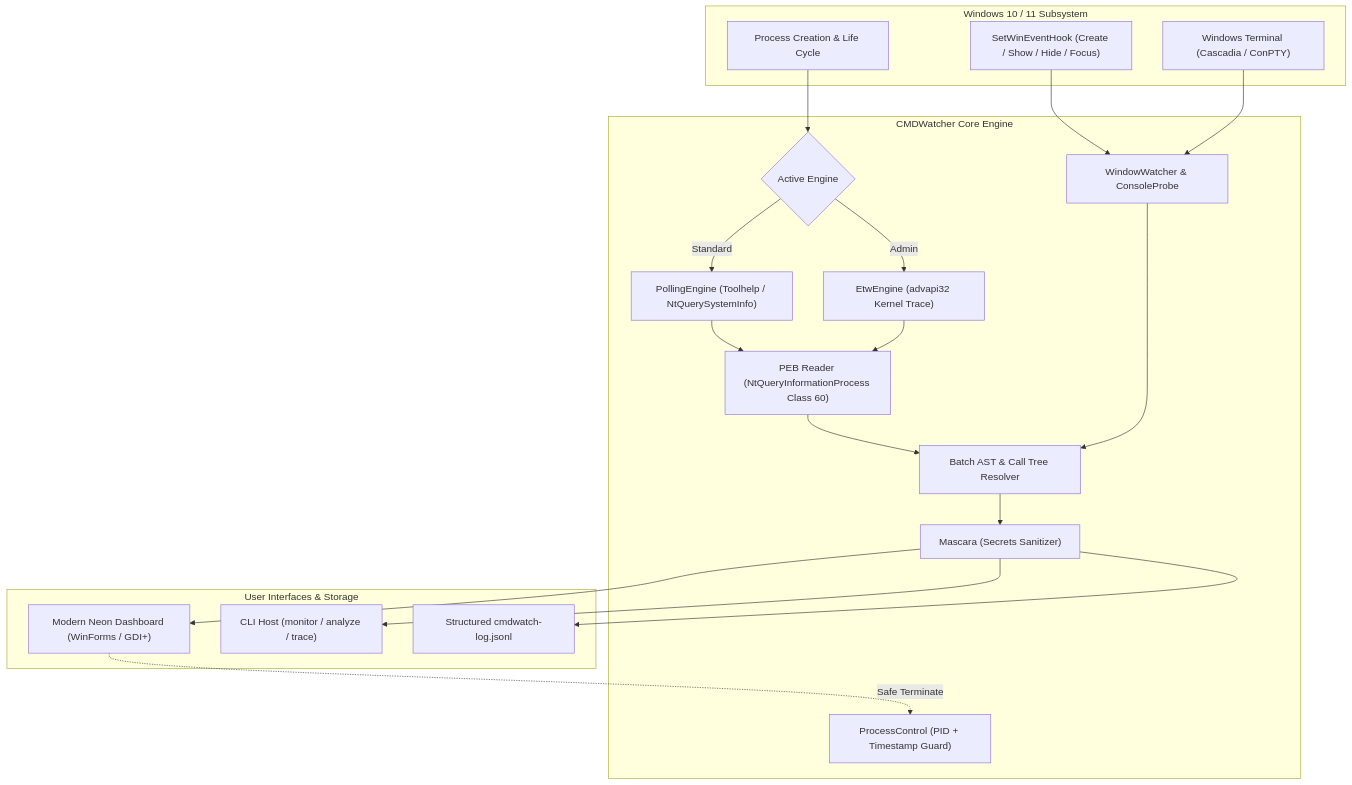
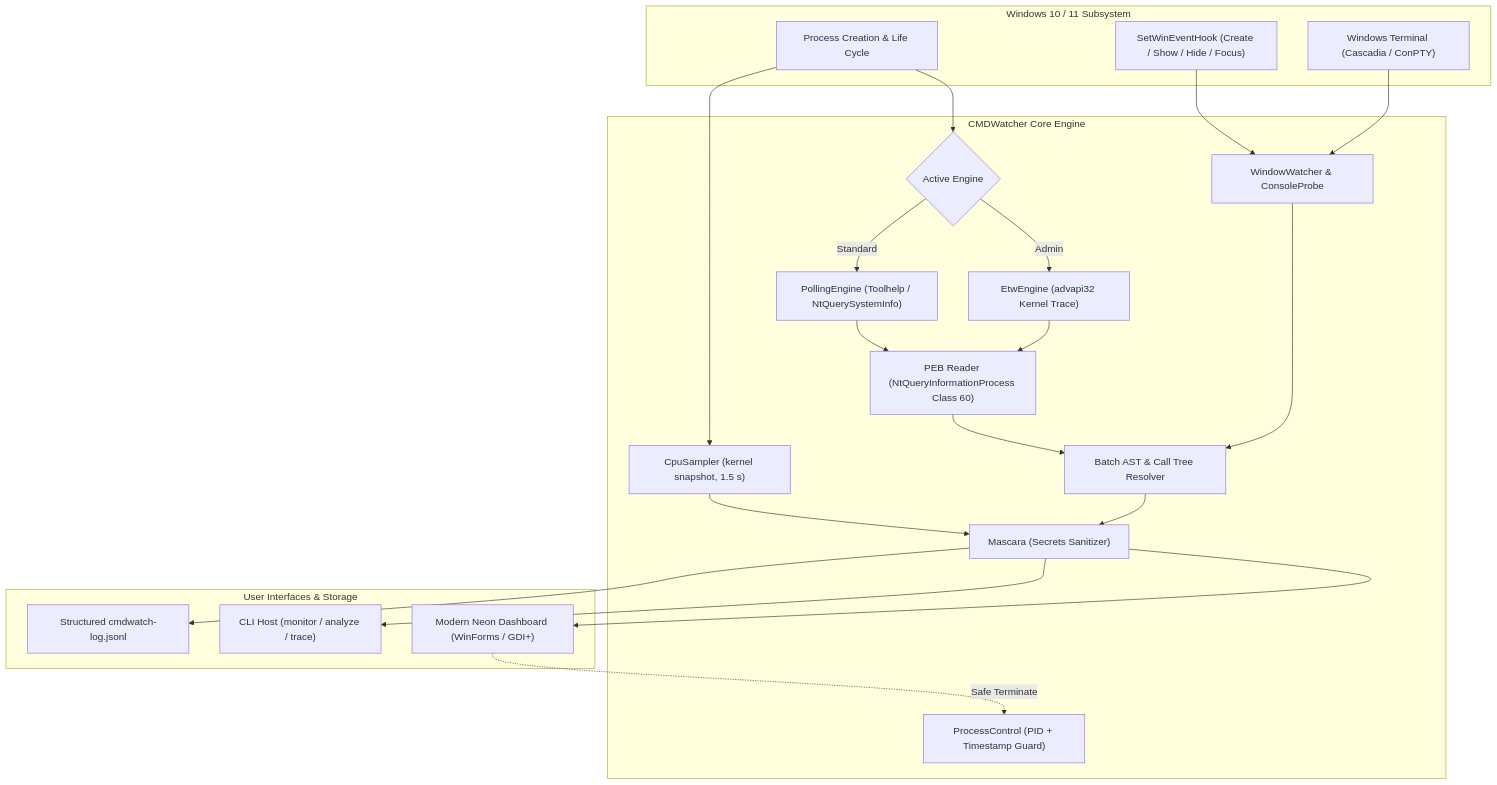
One commit to dellanio/cmdwatch changed the diagram in README.md. Above: the diagram before and after it, drawn with Mermaid. The commit also changed other lines of this file and 7 other files, not shown here.

````diff
--- a/README.md
+++ b/README.md
@@ -98,37 +107,40 @@
 ```mermaid
 flowchart TD
     subgraph OS ["Windows 10 / 11 Subsystem"]
         ProcLife["Process Creation & Life Cycle"]
         WinEvents["SetWinEventHook (Create / Show / Hide / Focus)"]
         Terminals["Windows Terminal (Cascadia / ConPTY)"]
     end
 
     subgraph Core ["CMDWatcher Core Engine"]
         EngineChoice{"Active Engine"}
         EtwEng["EtwEngine (advapi32 Kernel Trace)"]
         PollEng["PollingEngine (Toolhelp / NtQuerySystemInfo)"]
         PEBReader["PEB Reader (NtQueryInformationProcess Class 60)"]
         WinWatcher["WindowWatcher & ConsoleProbe"]
         AST["Batch AST & Call Tree Resolver"]
         Masker["Mascara (Secrets Sanitizer)"]
         SafeKill["ProcessControl (PID + Timestamp Guard)"]
+        CpuSampler["CpuSampler (kernel snapshot, 1.5 s)"]
     end
 
     subgraph Output ["User Interfaces & Storage"]
         GUI["Modern Neon Dashboard (WinForms / GDI+)"]
         CLI["CLI Host (monitor / analyze / trace)"]
         JSONL["Structured cmdwatch-log.jsonl"]
     end
 
     ProcLife --> EngineChoice
+    ProcLife --> CpuSampler
     EngineChoice -->|"Admin"| EtwEng
     EngineChoice -->|"Standard"| PollEng
     PollEng & EtwEng --> PEBReader
     WinEvents & Terminals --> WinWatcher
     PEBReader & WinWatcher --> AST
     AST --> Masker
+    CpuSampler --> Masker
     Masker --> GUI
     Masker --> CLI
     Masker --> JSONL
     GUI -.->|"Safe Terminate"| SafeKill
 ```
````
